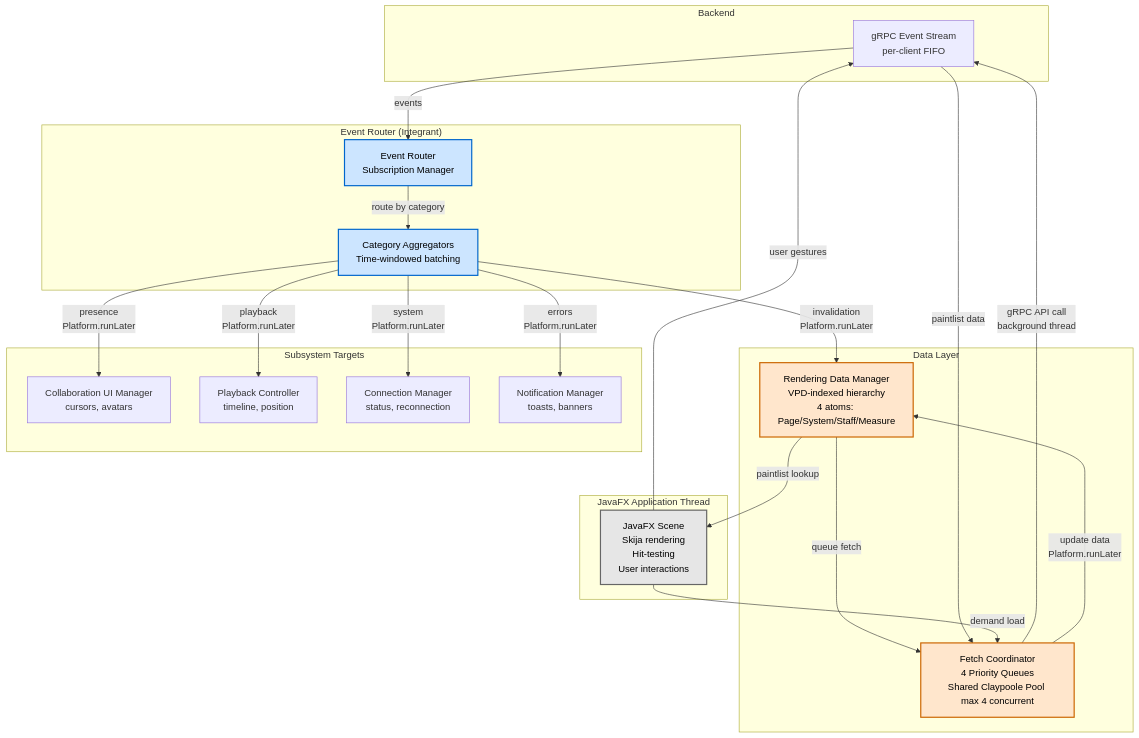
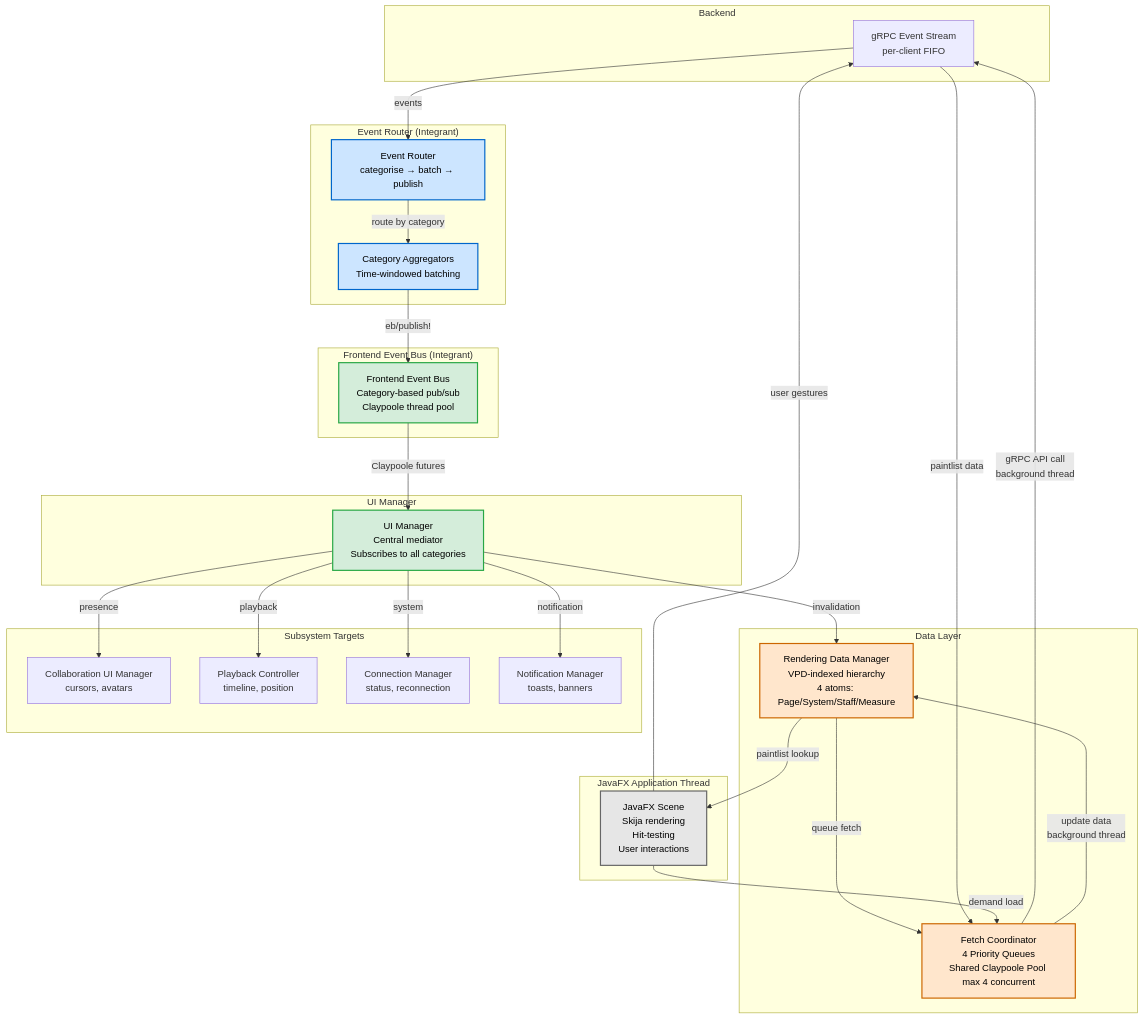
Before and after one commit to PeterBengtson/Ooloi-docs: the first of 5 diagrams in ADRs/0031-Frontend-Event-Driven-Architecture.md, drawn with Mermaid. The commit also changed other lines of this file and 3 other files, not shown here.

````diff
--- a/ADRs/0031-Frontend-Event-Driven-Architecture.md
+++ b/ADRs/0031-Frontend-Event-Driven-Architecture.md
@@ -202,50 +281,62 @@
 ```mermaid
 graph TB
     subgraph Backend
         gRPC[gRPC Event Stream<br/>per-client FIFO]
     end
 
     subgraph "Event Router (Integrant)"
-        ER[Event Router<br/>Subscription Manager]
+        ER[Event Router<br/>categorise → batch → publish]
         CA[Category Aggregators<br/>Time-windowed batching]
+    end
+
+    subgraph "Frontend Event Bus (Integrant)"
+        BUS[Frontend Event Bus<br/>Category-based pub/sub<br/>Claypoole thread pool]
+    end
+
+    subgraph "UI Manager"
+        UM[UI Manager<br/>Central mediator<br/>Subscribes to all categories]
     end
 
     subgraph "Data Layer"
         RDM[Rendering Data Manager<br/>VPD-indexed hierarchy<br/>4 atoms: Page/System/Staff/Measure]
         FC[Fetch Coordinator<br/>4 Priority Queues<br/>Shared Claypoole Pool max 4 concurrent]
     end
 
     subgraph "Subsystem Targets"
         COLLAB[Collaboration UI Manager<br/>cursors, avatars]
         PLAYBACK[Playback Controller<br/>timeline, position]
         CONN[Connection Manager<br/>status, reconnection]
         NOTIFY[Notification Manager<br/>toasts, banners]
     end
 
     subgraph "JavaFX Application Thread"
         SCENE[JavaFX Scene<br/>Skija rendering<br/>Hit-testing<br/>User interactions]
     end
 
     gRPC -->|events| ER
     ER -->|route by category| CA
-    CA -->|invalidation<br/>Platform.runLater| RDM
-    CA -->|presence<br/>Platform.runLater| COLLAB
-    CA -->|playback<br/>Platform.runLater| PLAYBACK
-    CA -->|system<br/>Platform.runLater| CONN
-    CA -->|errors<br/>Platform.runLater| NOTIFY
+    CA -->|eb/publish!| BUS
+    BUS -->|Claypoole futures| UM
+    UM -->|invalidation| RDM
+    UM -->|presence| COLLAB
+    UM -->|playback| PLAYBACK
+    UM -->|system| CONN
+    UM -->|notification| NOTIFY
 
     RDM -->|queue fetch| FC
     FC -->|gRPC API call<br/>background thread| gRPC
     gRPC -->|paintlist data| FC
-    FC -->|update data<br/>Platform.runLater| RDM
+    FC -->|update data<br/>background thread| RDM
 
     RDM -->|paintlist lookup| SCENE
     SCENE -->|demand load| FC
     SCENE -->|user gestures| gRPC
 
     style ER fill:#cce5ff,stroke:#0066cc,stroke-width:2px,color:#000
     style CA fill:#cce5ff,stroke:#0066cc,stroke-width:2px,color:#000
+    style BUS fill:#d4edda,stroke:#28a745,stroke-width:2px,color:#000
+    style UM fill:#d4edda,stroke:#28a745,stroke-width:2px,color:#000
     style RDM fill:#ffe6cc,stroke:#cc6600,stroke-width:2px,color:#000
     style FC fill:#ffe6cc,stroke:#cc6600,stroke-width:2px,color:#000
     style SCENE fill:#e6e6e6,stroke:#666,stroke-width:2px,color:#000
 ```
````
